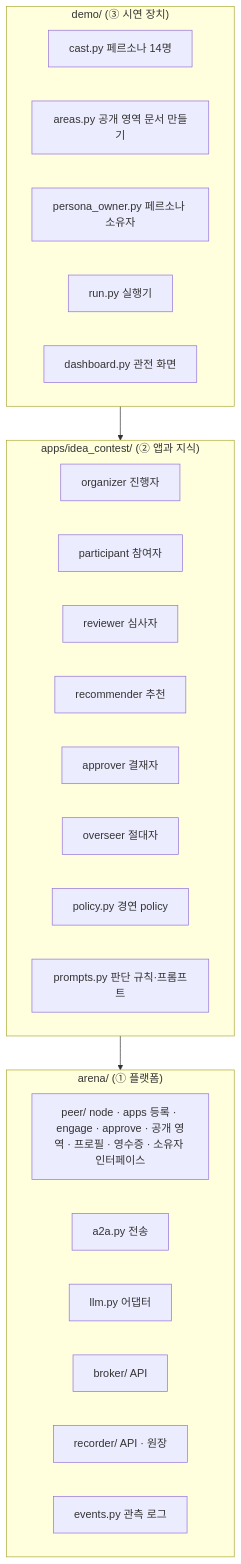
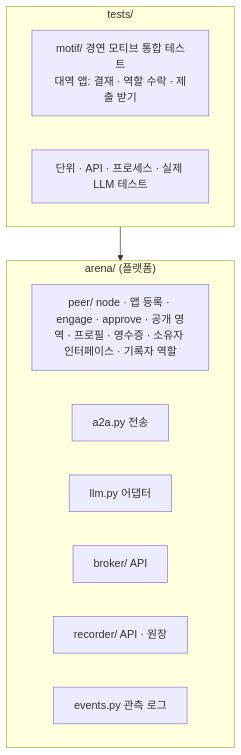
Before and after one commit to tanminkwan/share-ur-tokens: the first of 4 diagrams in dev/phase2/design.md, drawn with Mermaid. The commit also changed other lines of this file and 18 other files, not shown here.

First line of the commit message:
test: Exercise the platform with an idea-contest motif, memory and live (phase 2-C)

````diff
--- a/dev/phase2/design.md
+++ b/dev/phase2/design.md
@@ -7,29 +9,16 @@
 ```mermaid
 flowchart TB
-    subgraph demo["demo/ (③ 시연 장치)"]
-        CAST["cast.py 페르소나 14명"]
-        SEED["areas.py 공개 영역 문서 만들기"]
-        POWN["persona_owner.py 페르소나 소유자"]
-        RUN["run.py 실행기"]
-        DASH["dashboard.py 관전 화면"]
+    subgraph tests["tests/"]
+        MOTIF["motif/ 경연 모티브 통합 테스트<br/>대역 앱: 결재 · 역할 수락 · 제출 받기"]
+        UNIT["단위 · API · 프로세스 · 실제 LLM 테스트"]
     end
-    subgraph apps["apps/idea_contest/ (② 앱과 지식)"]
-        ORGA["organizer 진행자"]
-        PART["participant 참여자"]
-        REV["reviewer 심사자"]
-        REC["recommender 추천"]
-        APR["approver 결재자"]
-        OVS["overseer 절대자"]
-        POL["policy.py 경연 policy"]
-        PRM["prompts.py 판단 규칙·프롬프트"]
-    end
-    subgraph arena["arena/ (① 플랫폼)"]
-        PEER["peer/ node · apps 등록 · engage · approve · 공개 영역 · 프로필 · 영수증 · 소유자 인터페이스"]
+    subgraph arena["arena/ (플랫폼)"]
+        PEER["peer/ node · 앱 등록 · engage · approve · 공개 영역 · 프로필 · 영수증 · 소유자 인터페이스 · 기록자 역할"]
         A2A["a2a.py 전송"]
         LLM["llm.py 어댑터"]
         BRK["broker/ API"]
-        COL["recorder/ API · 원장"]
+        REC["recorder/ API · 원장"]
         EVT["events.py 관측 로그"]
     end
-    demo --> apps --> arena
+    tests --> arena
 ```
````
